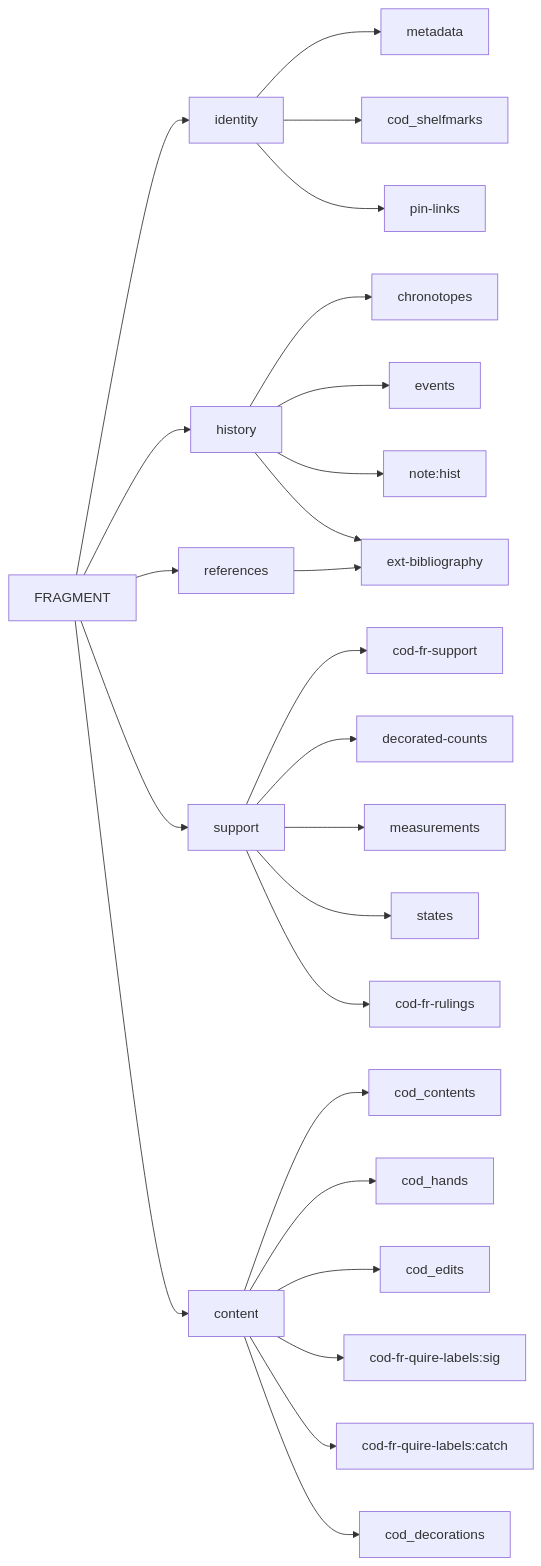
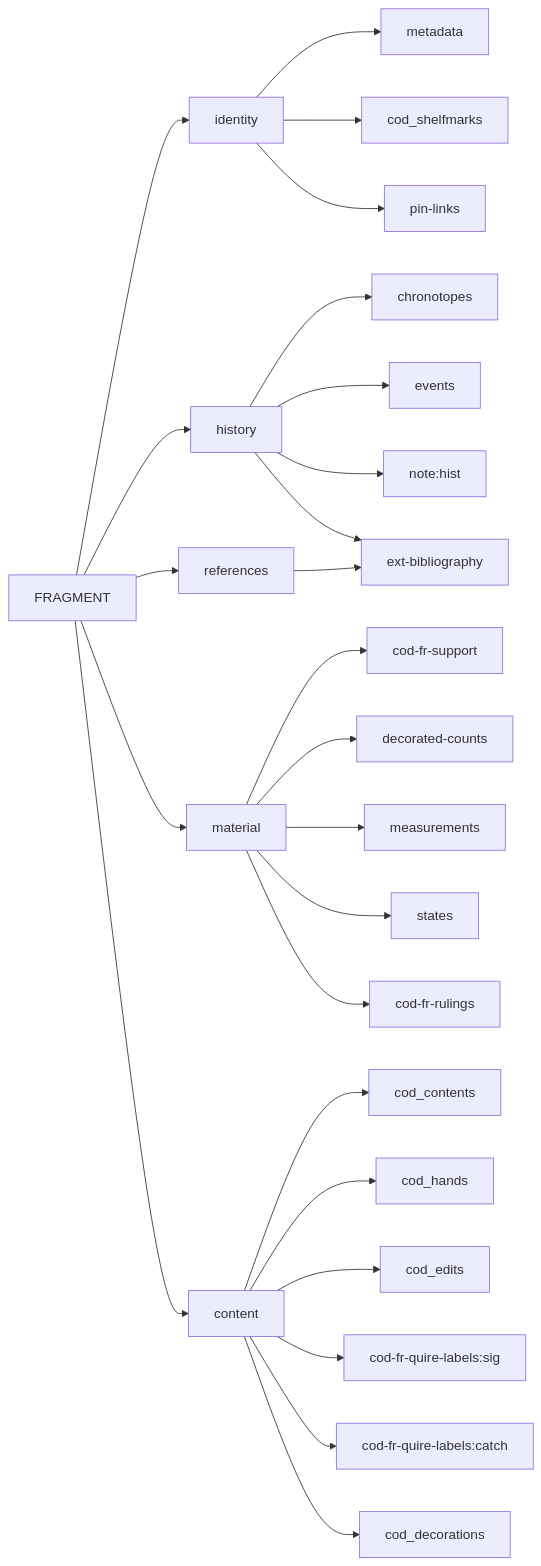
One commit to vedph/cadmus-ndp-frac changed the diagram in README.md. Above: the diagram before and after it, drawn with Mermaid.

````diff
--- a/README.md
+++ b/README.md
@@ -23,27 +23,27 @@
 ```mermaid
 graph LR;
 FRAGMENT --> identity
 identity --> metadata
 identity --> cod_shelfmarks
 identity --> pin-links
 FRAGMENT --> history
 history --> chronotopes
 history --> events
 history --> note:hist
 history --> ext-bibliography
-FRAGMENT --> support
-support --> cod-fr-support
-support --> decorated-counts
-support --> measurements
-support --> states
-support --> cod-fr-rulings
+FRAGMENT --> material
+material --> cod-fr-support
+material --> decorated-counts
+material --> measurements
+material --> states
+material --> cod-fr-rulings
 FRAGMENT --> content
 content --> cod_contents
 content --> cod_hands
 content --> cod_edits
 content --> cod-fr-quire-labels:sig
 content --> cod-fr-quire-labels:catch
 content --> cod_decorations
 FRAGMENT --> references
 references --> ext-bibliography
 ```
````
